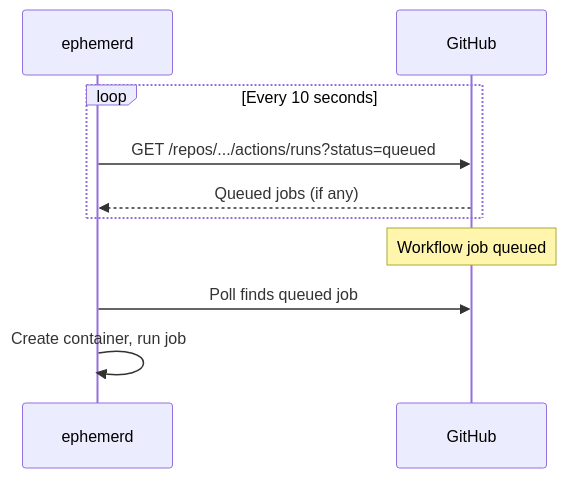
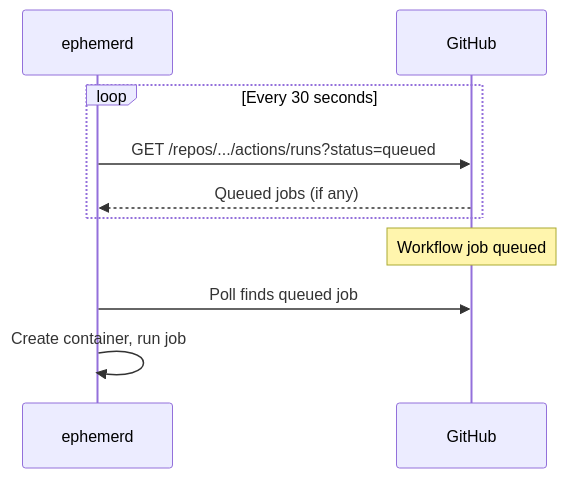
One commit to ephpm/ephemerd changed the sixth of 7 diagrams in README.md. Above: the diagram before and after it, drawn with Mermaid. The commit also changed other lines of this file and 13 other files, not shown here.

````diff
--- a/README.md
+++ b/README.md
@@ -365,14 +388,14 @@
 ```mermaid
 sequenceDiagram
     participant E as ephemerd
     participant GH as GitHub
 
-    loop Every 10 seconds
+    loop Every 30 seconds
         E->>GH: GET /repos/.../actions/runs?status=queued
         GH-->>E: Queued jobs (if any)
     end
 
     Note over GH: Workflow job queued
     E->>GH: Poll finds queued job
     E->>E: Create container, run job
 ```
````
